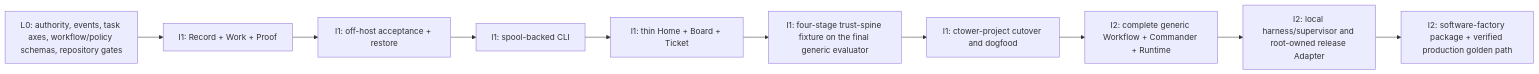
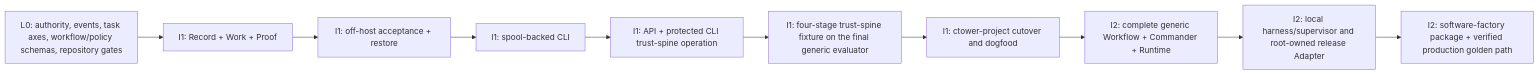
Diagram 15 of 15 in SPEC.md (simjak/ctower), drawn with Mermaid before and after one commit. The commit also changed other lines of this file and 6 other files, not shown here.

````diff
--- a/SPEC.md
+++ b/SPEC.md
@@ -2955,15 +2958,15 @@
 ```mermaid
 flowchart LR
     L0[L0: authority, events, task axes, workflow/policy schemas, repository gates]
     R[I1: Record + Work + Proof]
     D[I1: off-host acceptance + restore]
     C[I1: spool-backed CLI]
-    U[I1: thin Home + Board + Ticket]
+    U[I1: API + protected CLI trust-spine operation]
     F[I1: four-stage trust-spine fixture on the final generic evaluator]
     X[I1: ctower-project cutover and dogfood]
     W[I2: complete generic Workflow + Commander + Runtime]
     A[I2: local harness/supervisor and root-owned release Adapter]
     S[I2: software-factory package + verified production golden path]
 
     L0 --> R --> D --> C --> U --> F --> X --> W --> A --> S
 ```
````
